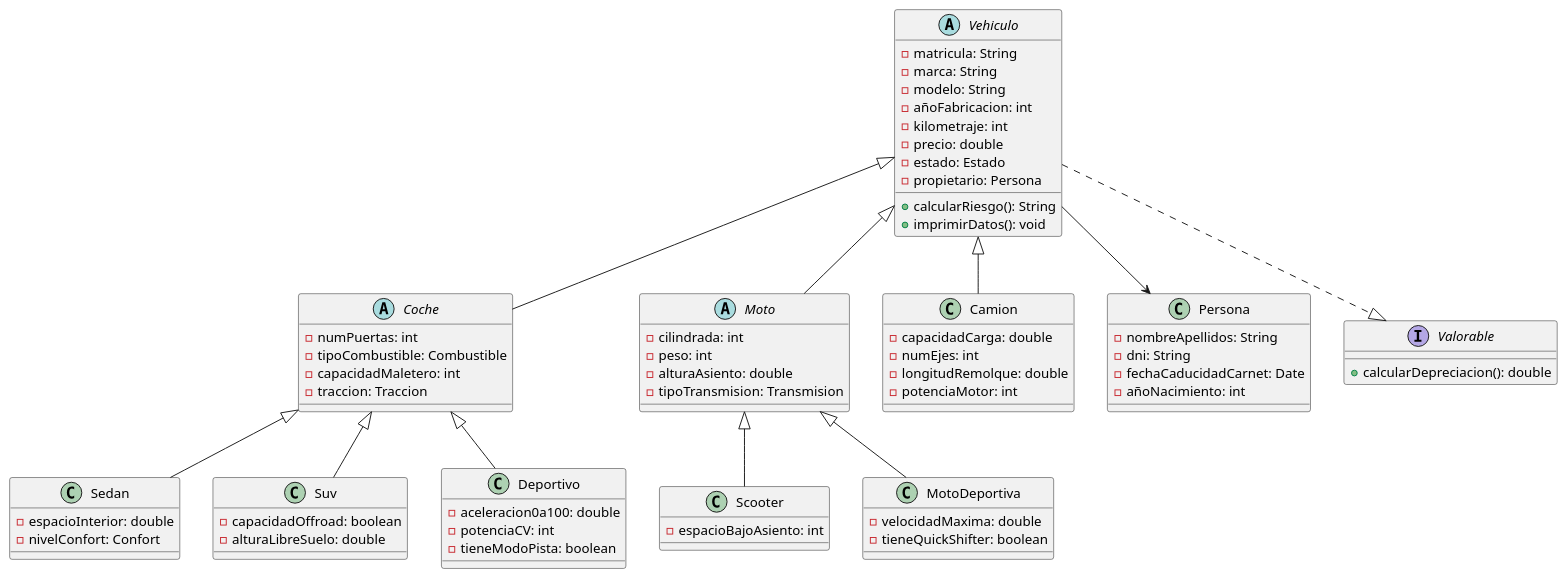
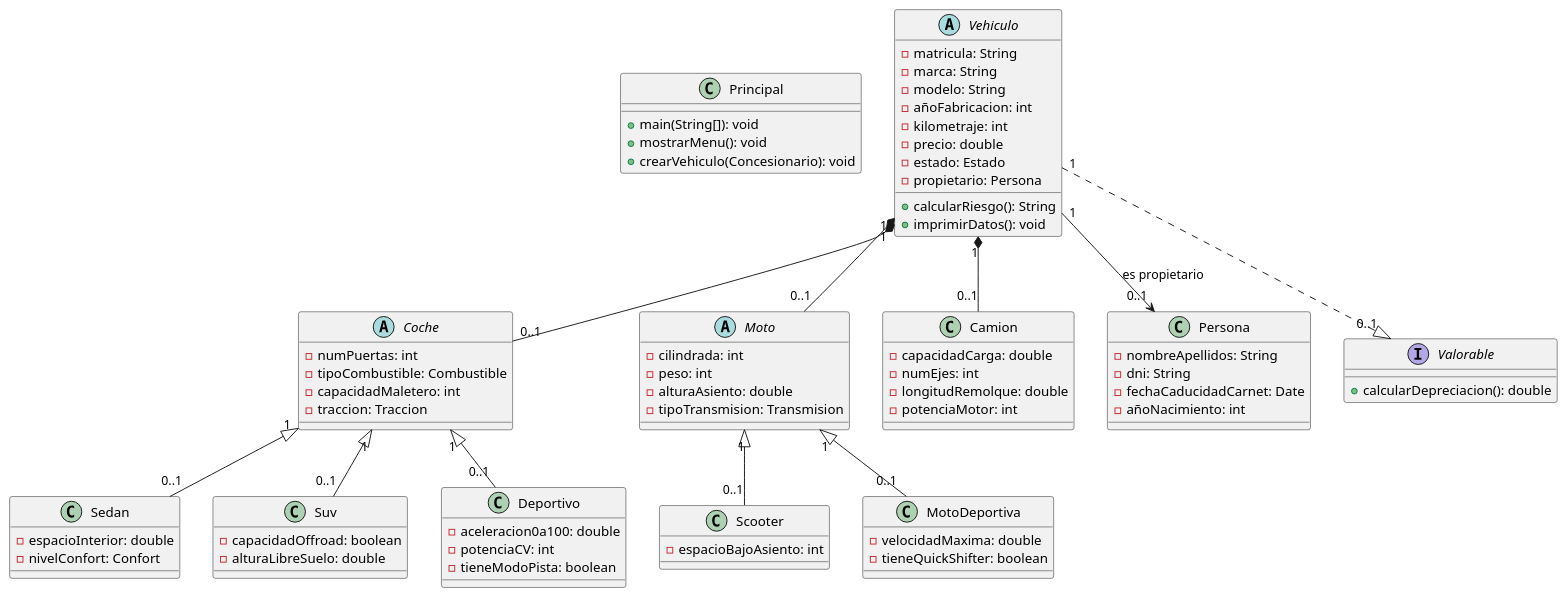
The diagram in uml/diagrama.puml (Juanma-prueba/UT5_ED_Prog), drawn with PlantUML before and after one commit.

Commit message:
Añadido cardinalidad entre clases

```diff
--- a/uml/diagrama.puml
+++ b/uml/diagrama.puml
@@ -1,84 +1,99 @@
 @startuml
+
+
+class Principal {
+  + main(String[]): void
+  + mostrarMenu(): void
+  + crearVehiculo(Concesionario): void
+  }
 
 abstract class Vehiculo {
     - matricula: String
     - marca: String
     - modelo: String
     - añoFabricacion: int
     - kilometraje: int
     - precio: double
     - estado: Estado
     - propietario: Persona
 
-     + calcularRiesgo(): String
-     + imprimirDatos(): void
+    + calcularRiesgo(): String
+    + imprimirDatos(): void
 }
 
-abstract class Coche extends Vehiculo {
-        - numPuertas: int
-        - tipoCombustible: Combustible
-        - capacidadMaletero: int
-        - traccion: Traccion
+abstract class Coche {
+    - numPuertas: int
+    - tipoCombustible: Combustible
+    - capacidadMaletero: int
+    - traccion: Traccion
 }
 
 class Sedan {
     - espacioInterior: double
     - nivelConfort: Confort
 }
 
 class Suv {
     - capacidadOffroad: boolean
     - alturaLibreSuelo: double
 }
 
 class Deportivo {
     - aceleracion0a100: double
     - potenciaCV: int
     - tieneModoPista: boolean
 }
 
-abstract class Moto extends Vehiculo{
+abstract class Moto {
     - cilindrada: int
     - peso: int
     - alturaAsiento: double
     - tipoTransmision: Transmision
 }
 
 class Scooter {
     - espacioBajoAsiento: int
 }
 
 class MotoDeportiva {
     - velocidadMaxima: double
     - tieneQuickShifter: boolean
 }
 
-class Camion extends Vehiculo {
+class Camion {
     - capacidadCarga: double
     - numEjes: int
     - longitudRemolque: double
     - potenciaMotor: int
 }
 
 class Persona {
     - nombreApellidos: String
     - dni: String
     - fechaCaducidadCarnet: Date
     - añoNacimiento: int
 }
 
 interface Valorable {
     + calcularDepreciacion(): double
 }
 
-Vehiculo --> Persona
-Vehiculo ..|> Valorable
 
-Coche <|-- Sedan
-Coche <|-- Suv
-Coche <|-- Deportivo
+Vehiculo "1" *-- "0..1" Coche
+Vehiculo "1" *-- "0..1" Moto
+Vehiculo "1" *-- "0..1" Camion
 
-Moto <|-- Scooter
-Moto <|-- MotoDeportiva
+
+
+
+Vehiculo "1" --> "0..1" Persona : es propietario
+Vehiculo "1" ..|> "0..1" Valorable
+
+Coche "1" <|-- "0..1" Sedan
+Coche "1" <|-- "0..1" Suv
+Coche "1" <|-- "0..1" Deportivo
+
+Moto "1" <|-- "0..1" Scooter
+Moto "1" <|-- "0..1" MotoDeportiva
 
 @enduml
```
